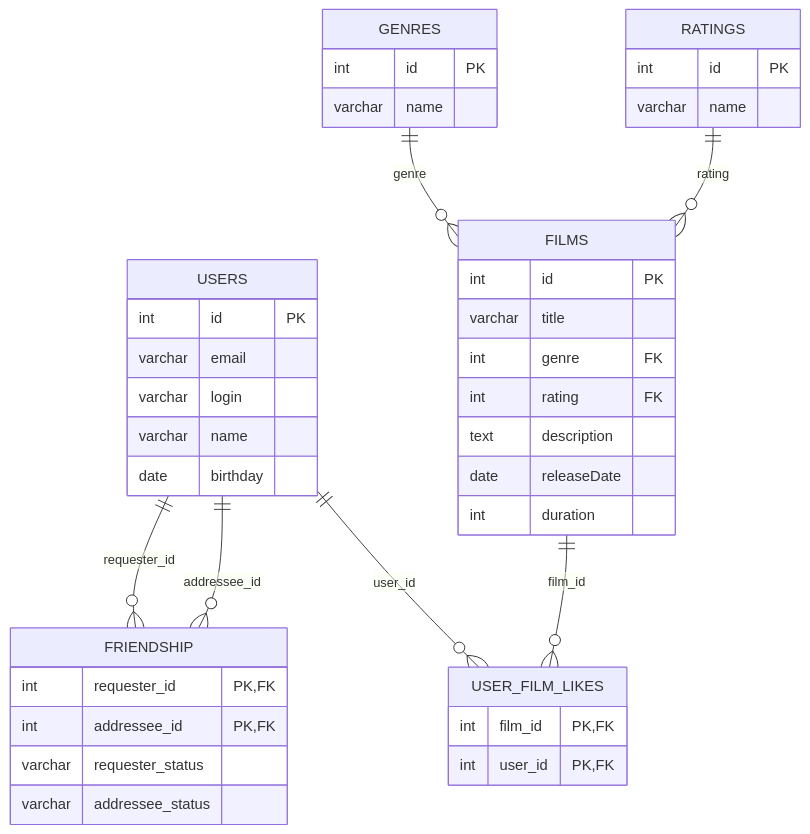
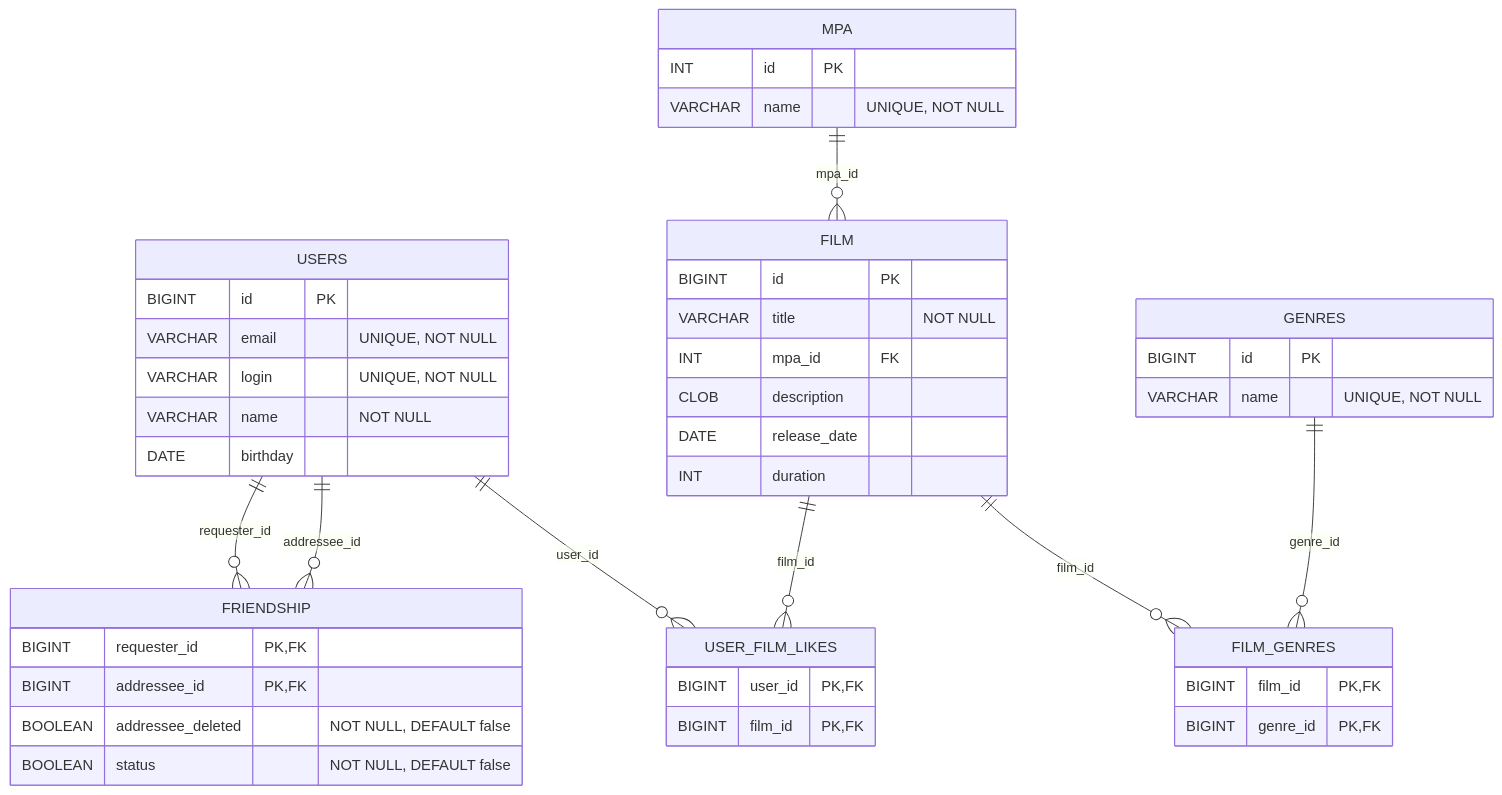
One commit to y4kimenko/java-filmorate changed the diagram in README.md. Above: the diagram before and after it, drawn with Mermaid. The commit also changed 20 other files, not shown here.

Commit message:
Правка диаграммы БД в README.md, решение проблем с тестами DAL

````diff
--- a/README.md
+++ b/README.md
@@ -2,51 +2,57 @@
 ```mermaid
 erDiagram
-    USERS {
-        int id PK
-        varchar email
-        varchar login
-        varchar name
-        date birthday
-    }
+  USERS {
+    BIGINT id PK
+    VARCHAR email "UNIQUE, NOT NULL"
+    VARCHAR login "UNIQUE, NOT NULL"
+    VARCHAR name "NOT NULL"
+    DATE birthday
+  }
 
-    FRIENDSHIP {
-        int requester_id PK,FK
-        int addressee_id PK,FK
-        varchar requester_status
-        varchar addressee_status
-    }
+  FRIENDSHIP {
+    BIGINT requester_id PK, FK
+    BIGINT addressee_id PK, FK
+    BOOLEAN addressee_deleted "NOT NULL, DEFAULT false"
+    BOOLEAN status "NOT NULL, DEFAULT false"
+  }
 
-    USER_FILM_LIKES {
-        int film_id PK,FK
-        int user_id PK,FK
-    }
+  GENRES {
+    BIGINT id PK
+    VARCHAR name "UNIQUE, NOT NULL"
+  }
 
-    FILMS {
-        int id PK
-        varchar title
-        int genre FK
-        int rating FK
-        text description
-        date releaseDate
-        int duration
-    }
+  MPA {
+    INT id PK
+    VARCHAR name "UNIQUE, NOT NULL"
+  }
 
-    GENRES {
-        int id PK
-        varchar name
-    }
+  FILM {
+    BIGINT id PK
+    VARCHAR title "NOT NULL"
+    INT mpa_id FK
+    CLOB description
+    DATE release_date
+    INT duration
+  }
 
-    RATINGS {
-        int id PK
-        varchar name
-    }
+  USER_FILM_LIKES {
+    BIGINT user_id PK, FK
+    BIGINT film_id PK, FK
+  }
 
-    USERS ||--o{ FRIENDSHIP : requester_id
-    USERS ||--o{ FRIENDSHIP : addressee_id
+  FILM_GENRES {
+    BIGINT film_id PK, FK
+    BIGINT genre_id PK, FK
+  }
 
-    USERS ||--o{ USER_FILM_LIKES : user_id
-    FILMS ||--o{ USER_FILM_LIKES : film_id
+  USERS ||--o{ FRIENDSHIP : "requester_id"
+  USERS ||--o{ FRIENDSHIP : "addressee_id"
 
-    GENRES ||--o{ FILMS : genre
-    RATINGS ||--o{ FILMS : rating
+  MPA ||--o{ FILM : "mpa_id"
+
+  USERS ||--o{ USER_FILM_LIKES : "user_id"
+  FILM  ||--o{ USER_FILM_LIKES : "film_id"
+
+  FILM   ||--o{ FILM_GENRES : "film_id"
+  GENRES ||--o{ FILM_GENRES : "genre_id"
 ```
````
